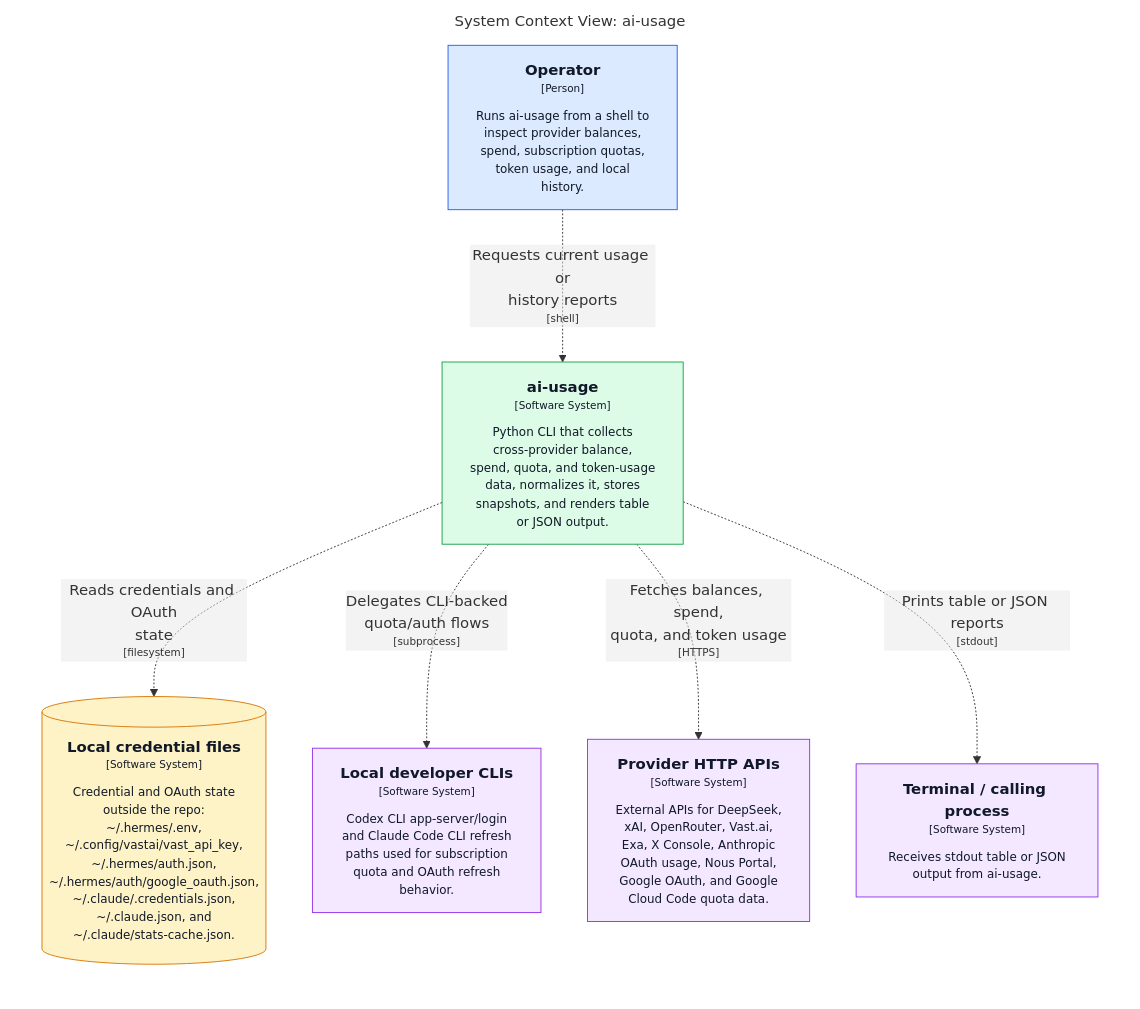
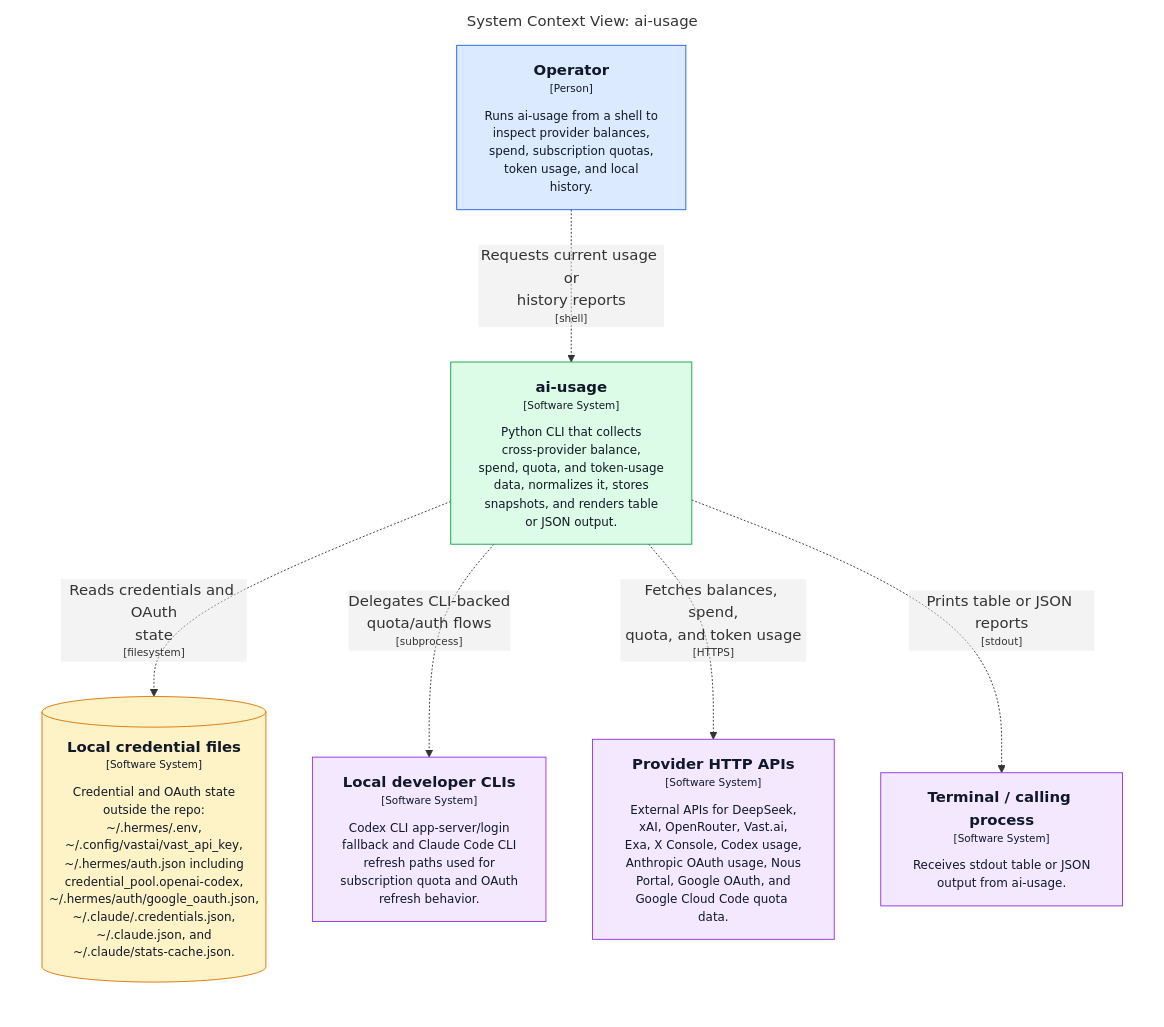
The diagram in docs/architecture/diagrams/markdown/SystemContext.md (michaelnicks0/ai-usage), drawn with Mermaid before and after one commit. The commit also changed 46 other files, not shown here.

Commit message:
Add multi-account Codex usage reporting

````diff
--- a/docs/architecture/diagrams/markdown/SystemContext.md
+++ b/docs/architecture/diagrams/markdown/SystemContext.md
@@ -16,28 +16,28 @@
 ```mermaid
 graph LR
   linkStyle default fill:#ffffff
 
   subgraph diagram ["System Context View: ai-usage"]
     style diagram fill:#ffffff,stroke:#ffffff
 
     1["<div style='font-weight: bold'>Operator</div><div style='font-size: 70%; margin-top: 0px'>[Person]</div><div style='font-size: 80%; margin-top:10px'>Runs ai-usage from a shell to<br />inspect provider balances,<br />spend, subscription quotas,<br />token usage, and local<br />history.</div>"]
     style 1 fill:#dbeafe,stroke:#2563eb,color:#111827
-    14[("<div style='font-weight: bold'>Local credential files</div><div style='font-size: 70%; margin-top: 0px'>[Software System]</div><div style='font-size: 80%; margin-top:10px'>Credential and OAuth state<br />outside the repo:<br />~/.hermes/.env,<br />~/.config/vastai/vast_api_key,<br />~/.hermes/auth.json,<br />~/.hermes/auth/google_oauth.json,<br />~/.claude/.credentials.json,<br />~/.claude.json, and<br />~/.claude/stats-cache.json.</div>")]
+    14[("<div style='font-weight: bold'>Local credential files</div><div style='font-size: 70%; margin-top: 0px'>[Software System]</div><div style='font-size: 80%; margin-top:10px'>Credential and OAuth state<br />outside the repo:<br />~/.hermes/.env,<br />~/.config/vastai/vast_api_key,<br />~/.hermes/auth.json including<br />credential_pool.openai-codex,<br />~/.hermes/auth/google_oauth.json,<br />~/.claude/.credentials.json,<br />~/.claude.json, and<br />~/.claude/stats-cache.json.</div>")]
     style 14 fill:#fef3c7,stroke:#d97706,color:#111827
-    15["<div style='font-weight: bold'>Local developer CLIs</div><div style='font-size: 70%; margin-top: 0px'>[Software System]</div><div style='font-size: 80%; margin-top:10px'>Codex CLI app-server/login<br />and Claude Code CLI refresh<br />paths used for subscription<br />quota and OAuth refresh<br />behavior.</div>"]
+    15["<div style='font-weight: bold'>Local developer CLIs</div><div style='font-size: 70%; margin-top: 0px'>[Software System]</div><div style='font-size: 80%; margin-top:10px'>Codex CLI app-server/login<br />fallback and Claude Code CLI<br />refresh paths used for<br />subscription quota and OAuth<br />refresh behavior.</div>"]
     style 15 fill:#f3e8ff,stroke:#9333ea,color:#111827
-    16["<div style='font-weight: bold'>Provider HTTP APIs</div><div style='font-size: 70%; margin-top: 0px'>[Software System]</div><div style='font-size: 80%; margin-top:10px'>External APIs for DeepSeek,<br />xAI, OpenRouter, Vast.ai,<br />Exa, X Console, Anthropic<br />OAuth usage, Nous Portal,<br />Google OAuth, and Google<br />Cloud Code quota data.</div>"]
+    16["<div style='font-weight: bold'>Provider HTTP APIs</div><div style='font-size: 70%; margin-top: 0px'>[Software System]</div><div style='font-size: 80%; margin-top:10px'>External APIs for DeepSeek,<br />xAI, OpenRouter, Vast.ai,<br />Exa, X Console, Codex usage,<br />Anthropic OAuth usage, Nous<br />Portal, Google OAuth, and<br />Google Cloud Code quota data.</div>"]
     style 16 fill:#f3e8ff,stroke:#9333ea,color:#111827
     17["<div style='font-weight: bold'>Terminal / calling process</div><div style='font-size: 70%; margin-top: 0px'>[Software System]</div><div style='font-size: 80%; margin-top:10px'>Receives stdout table or JSON<br />output from ai-usage.</div>"]
     style 17 fill:#f3e8ff,stroke:#9333ea,color:#111827
     2["<div style='font-weight: bold'>ai-usage</div><div style='font-size: 70%; margin-top: 0px'>[Software System]</div><div style='font-size: 80%; margin-top:10px'>Python CLI that collects<br />cross-provider balance,<br />spend, quota, and token-usage<br />data, normalizes it, stores<br />snapshots, and renders table<br />or JSON output.</div>"]
     style 2 fill:#dcfce7,stroke:#16a34a,color:#111827
 
     1-. "<div>Requests current usage or<br />history reports</div><div style='font-size: 70%'>[shell]</div>" .->2
     2-. "<div>Fetches balances, spend,<br />quota, and token usage</div><div style='font-size: 70%'>[HTTPS]</div>" .->16
     2-. "<div>Reads credentials and OAuth<br />state</div><div style='font-size: 70%'>[filesystem]</div>" .->14
     2-. "<div>Delegates CLI-backed<br />quota/auth flows</div><div style='font-size: 70%'>[subprocess]</div>" .->15
     2-. "<div>Prints table or JSON reports</div><div style='font-size: 70%'>[stdout]</div>" .->17
 
   end
 ```
````
